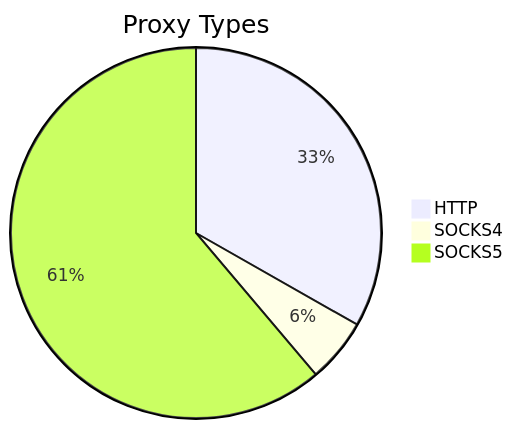
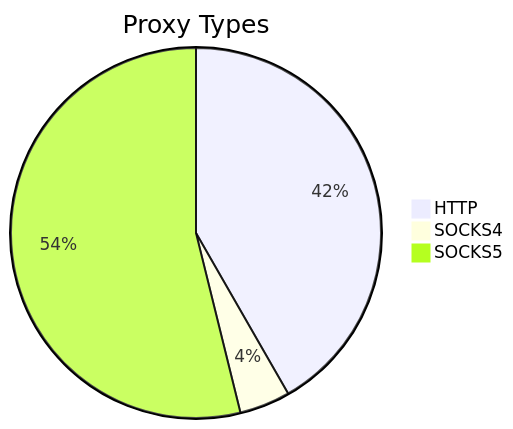
Before and after one commit to stormsia/proxy-list: the first of 2 diagrams in README.md, drawn with Mermaid. The commit also changed other lines of this file, not shown here.

````diff
--- a/README.md
+++ b/README.md
@@ -21,6 +21,6 @@
 ```mermaid
 pie title Proxy Types
-    "HTTP" : 315
-    "SOCKS4" : 53
-    "SOCKS5" : 580
+    "HTTP" : 254
+    "SOCKS4" : 27
+    "SOCKS5" : 328
 ```
````
